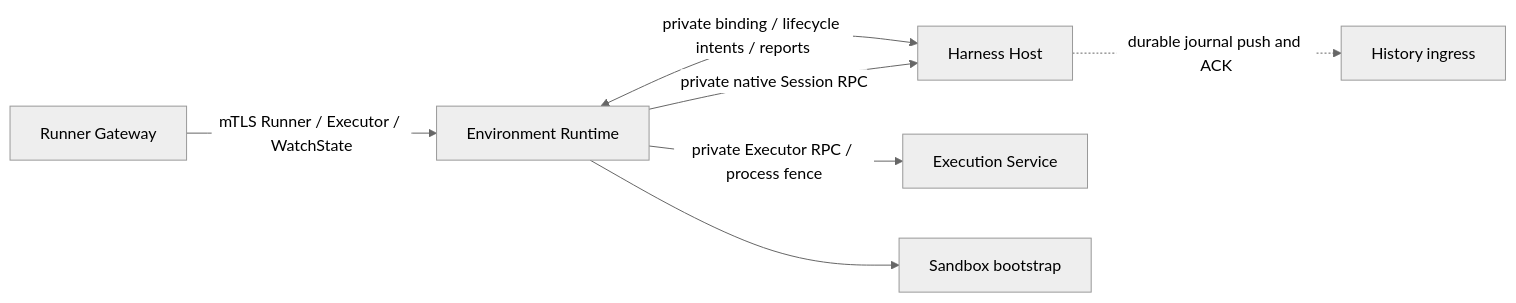
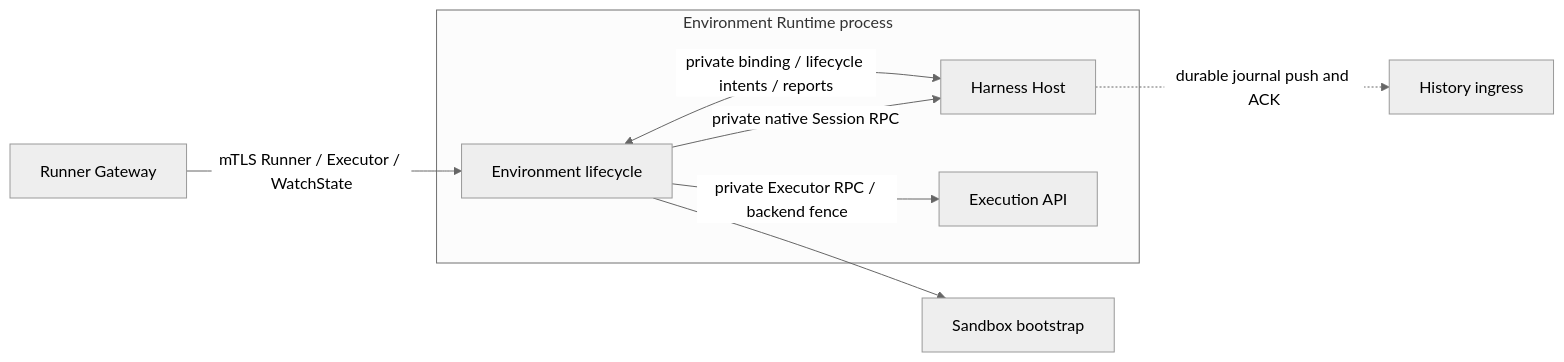
Before and after one commit to agentydragon/ducktape: the third of 9 diagrams in agentplane/docs/system_overview.md, drawn with Mermaid (neutral theme). The commit also changed other lines of this file and 1 other file, not shown here.

Commit message:
Describe combined environment management process

````diff
--- a/agentplane/docs/system_overview.md
+++ b/agentplane/docs/system_overview.md
@@ -109,15 +109,17 @@
 ```mermaid
 flowchart LR
     gateway[Runner Gateway]
-    runtime[Environment Runtime]
-    host[Harness Host]
-    execution[Execution Service]
+    subgraph environment_runtime[Environment Runtime process]
+      runtime[Environment lifecycle]
+      host[Harness Host]
+      execution[Execution API]
+    end
     bootstrap[Sandbox bootstrap]
     history[History ingress]
     gateway -->|mTLS Runner / Executor / WatchState| runtime
     runtime <-->|private binding / lifecycle intents / reports| host
     runtime -->|private native Session RPC| host
-    runtime -->|private Executor RPC / process fence| execution
+    runtime -->|private Executor RPC / backend fence| execution
     runtime --> bootstrap
     host -.->|durable journal push and ACK| history
 ```
````
